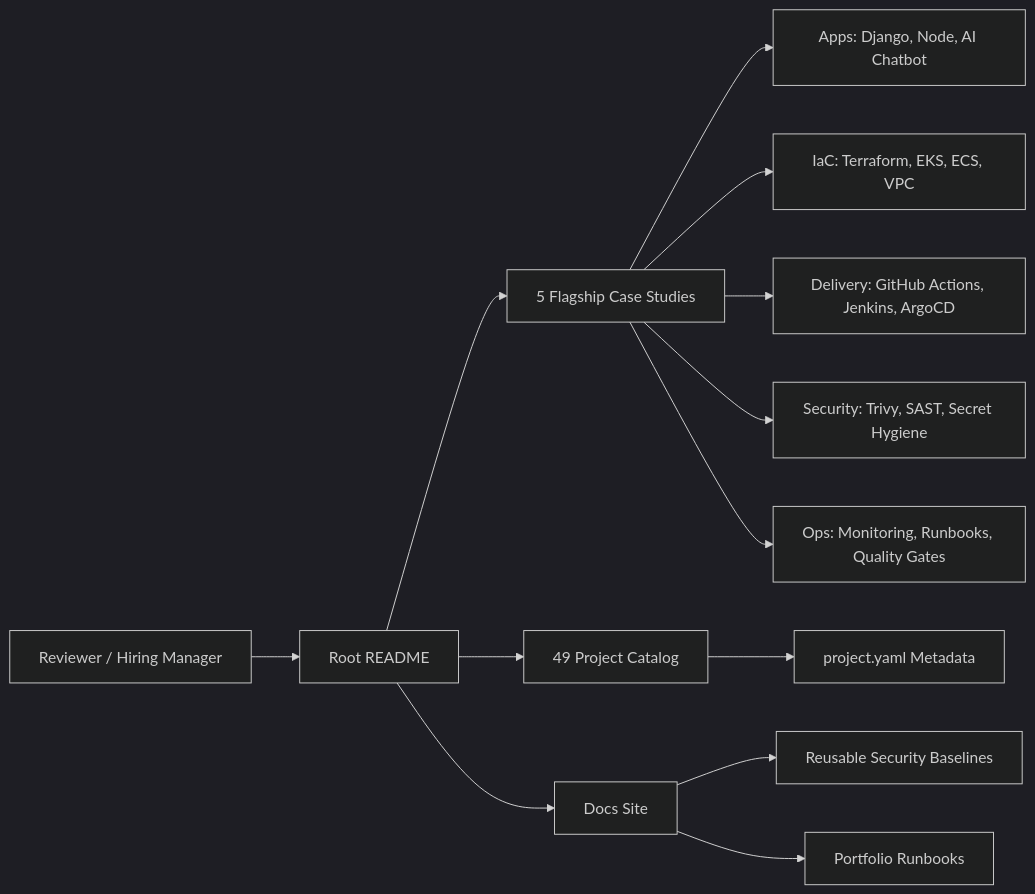
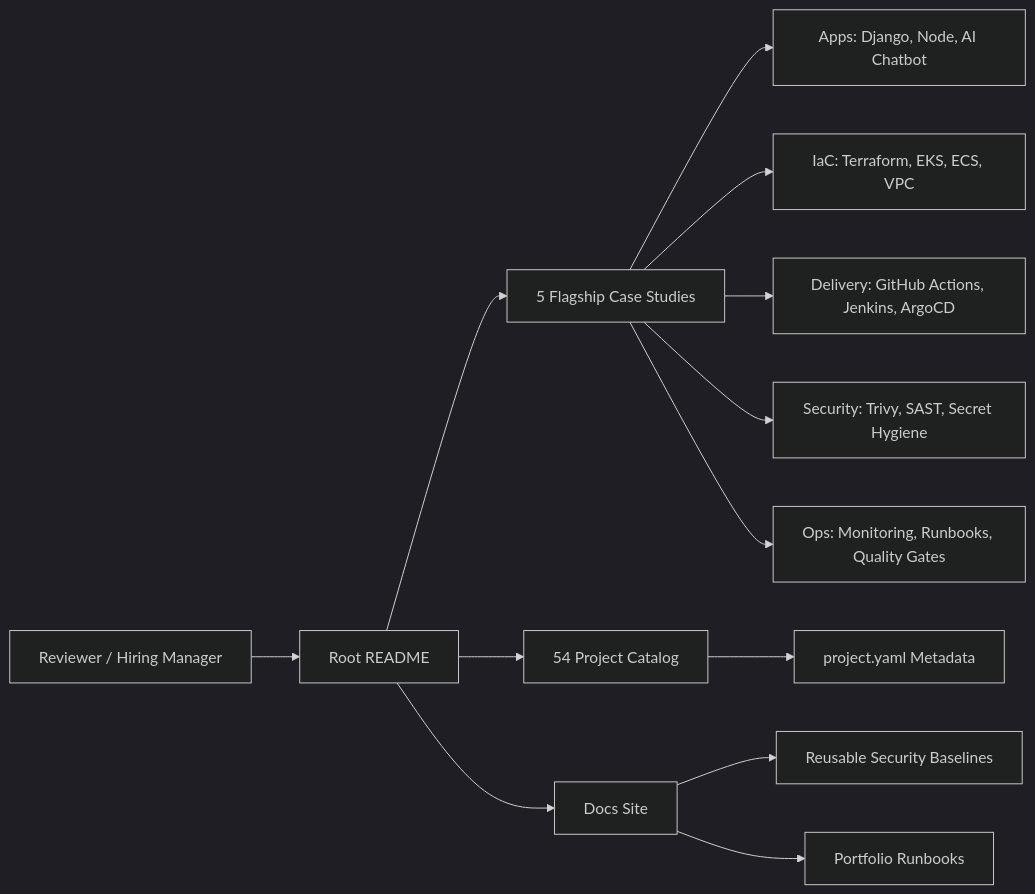
One commit to DevCloudNinjas/DevOps-Projects changed the diagram in README.md. Above: the diagram before and after it, drawn with Mermaid (dark theme). The commit also changed other lines of this file and 44 other files, not shown here.

````diff
--- a/README.md
+++ b/README.md
@@ -41,17 +41,17 @@
 ```mermaid
 flowchart LR
     reviewer["Reviewer / Hiring Manager"] --> readme["Root README"]
     readme --> flagship["5 Flagship Case Studies"]
-    readme --> catalog["49 Project Catalog"]
+    readme --> catalog["54 Project Catalog"]
     readme --> docs["Docs Site"]
 
     flagship --> app["Apps: Django, Node, AI Chatbot"]
     flagship --> infra["IaC: Terraform, EKS, ECS, VPC"]
     flagship --> delivery["Delivery: GitHub Actions, Jenkins, ArgoCD"]
     flagship --> security["Security: Trivy, SAST, Secret Hygiene"]
     flagship --> ops["Ops: Monitoring, Runbooks, Quality Gates"]
 
     catalog --> metadata["project.yaml Metadata"]
     docs --> baselines["Reusable Security Baselines"]
     docs --> runbooks["Portfolio Runbooks"]
 ```
````
